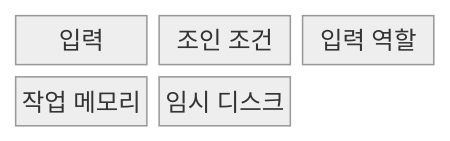
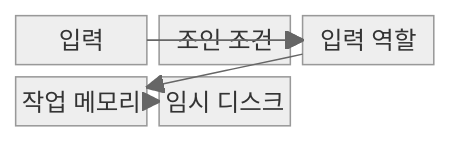
One commit to agnusdei1207/knowledge-base changed the first of 2 diagrams in src/content/docs/notes/03-software/096_join_algorithms.md. Above: the diagram before and after it, drawn with Mermaid (neutral theme). The commit also changed other lines of this file and 20 other files, not shown here.

````diff
--- a/src/content/docs/notes/03-software/096_join_algorithms.md
+++ b/src/content/docs/notes/03-software/096_join_algorithms.md
@@ -54,9 +61,13 @@
 ```mermaid
 block-beta
   columns 3
   I["입력"]
   C["조인 조건"]
   R["입력 역할"]
   M["작업 메모리"]
   T["임시 디스크"]
+  I --> R
+  C --> R
+  R --> M
+  M --> T
 ```
````
